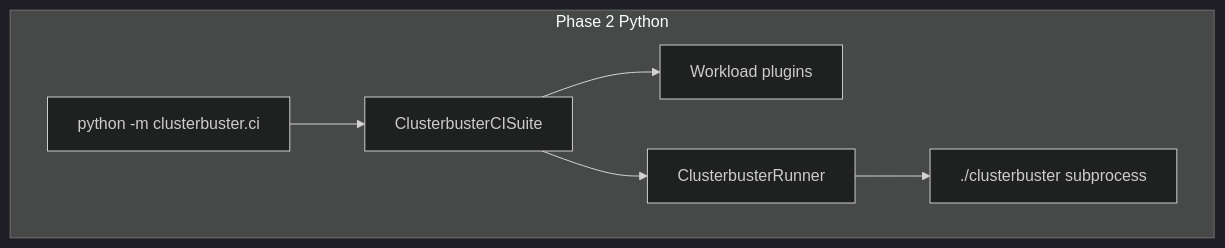
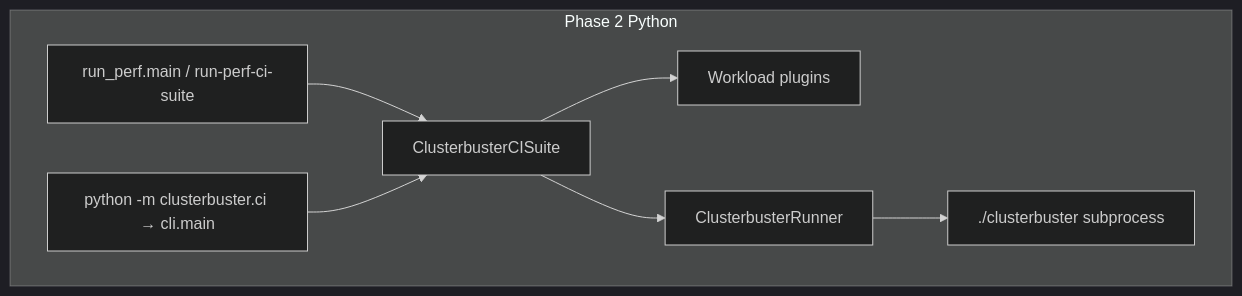
The second of 2 diagrams in docs/clusterbuster-ci-python-phase2.md (RobertKrawitz/clusterbuster), drawn with Mermaid (dark theme) before and after one commit. The commit also changed other lines of this file, not shown here.

First line of the commit message:
docs: update ClusterBuster Phase 2 CI Python plan

````diff
--- a/docs/clusterbuster-ci-python-phase2.md
+++ b/docs/clusterbuster-ci-python-phase2.md
@@ -27,14 +40,16 @@
 ```mermaid
 flowchart TB
   subgraph phase2 [Phase 2 Python]
-    CLI[python -m clusterbuster.ci]
+    RP[run_perf.main / run-perf-ci-suite]
+    CLI[python -m clusterbuster.ci → cli.main]
     S[ClusterbusterCISuite]
     R[ClusterbusterRunner]
     P[Workload plugins]
     B2[./clusterbuster subprocess]
+    RP --> S
     CLI --> S
     S --> P
     S --> R
     R --> B2
   end
 ```
````
